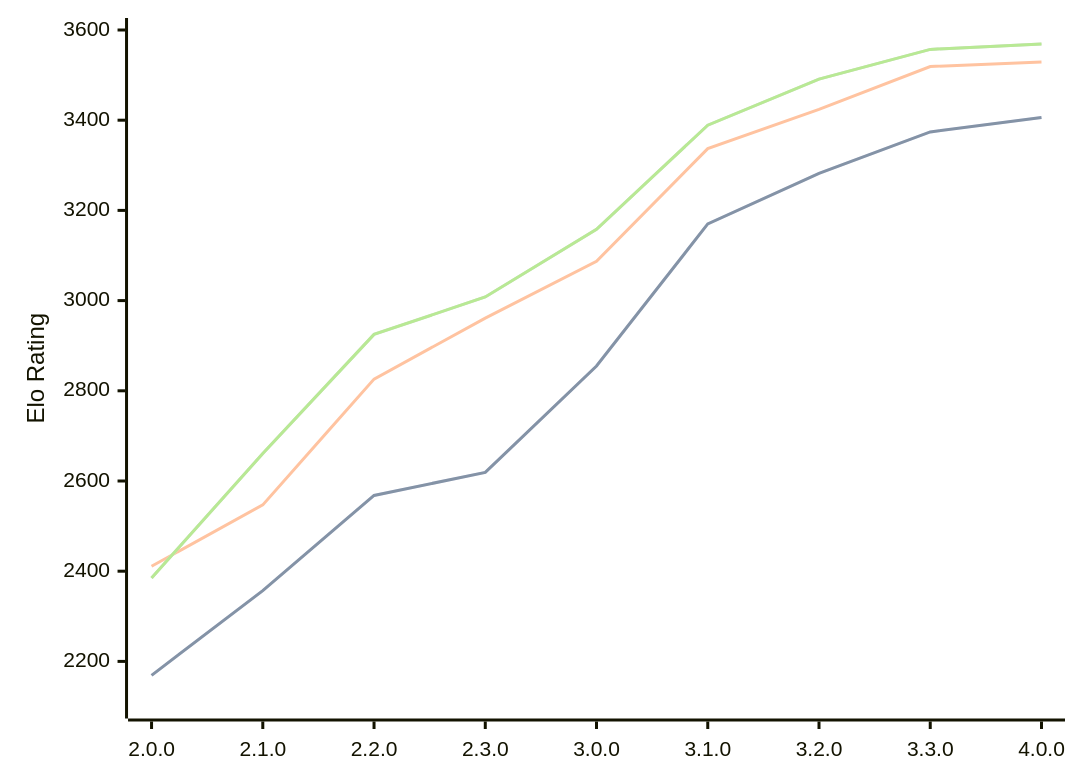
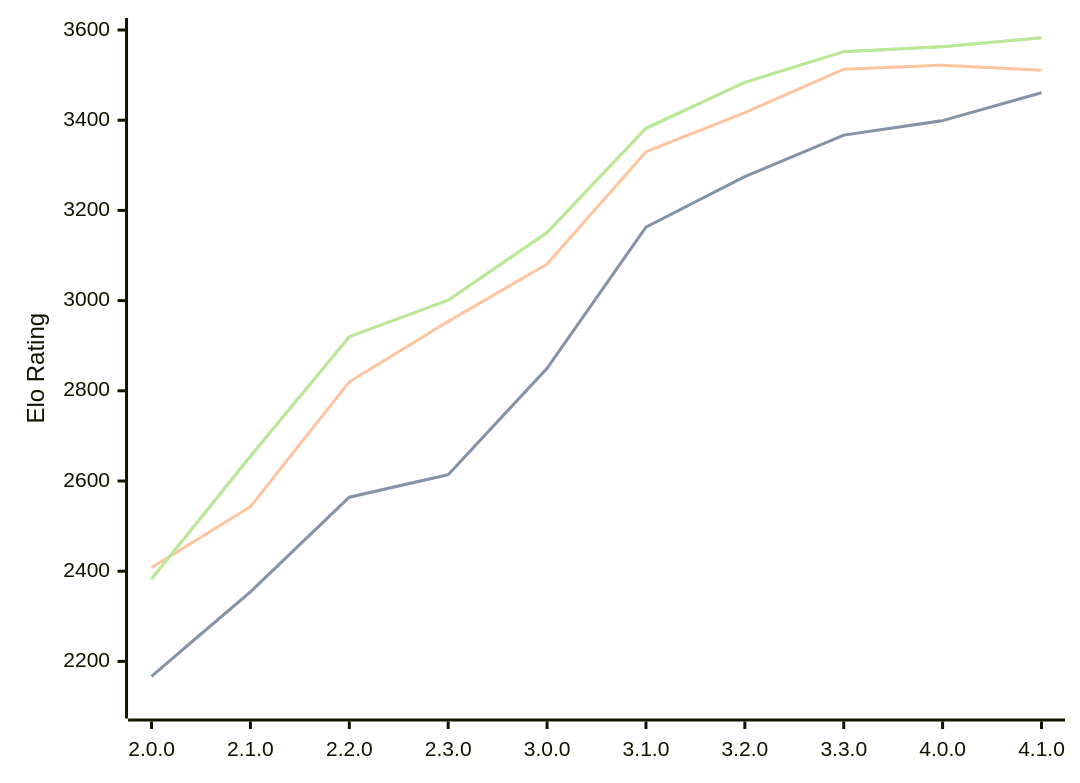
One commit to computer-chess-index/cci changed the diagram in engines/Raphael.md. Above: the diagram before and after it, drawn with Mermaid. The commit also changed other lines of this file, not shown here.

Commit message:
Update CCI Ratings (ELO VLTC) - 2026-05-18

````diff
--- a/engines/Raphael.md
+++ b/engines/Raphael.md
@@ -51,11 +52,11 @@
 ```mermaid
 %%{init: {"theme":"base","themeVariables":{"seriesColors:['#a3a3a3','#222221','#faa371']}}}%%
 xychart-beta
-  x-axis ["2.0.0", "2.1.0", "2.2.0", "2.3.0", "3.0.0", "3.1.0", "3.2.0", "3.3.0", "4.0.0"]
+  x-axis ["2.0.0", "2.1.0", "2.2.0", "2.3.0", "3.0.0", "3.1.0", "3.2.0", "3.3.0", "4.0.0", "4.1.0"]
   y-axis "Elo Rating" 2100 --> 3600
-  line "STC (8.0+0.08s)" [2169, 2357, 2568, 2619, 2855, 3170, 3282, 3374, 3406]
-  line "STC (8.0+0.08s)" [2169, 2357, 2568, 2619, 2855, 3170, 3282, 3374, 3406]
-  line "LTC (60.0+0.60s)" [2411, 2547, 2826, 2961, 3087, 3337, 3424, 3519, 3529]
-  line "VLTC (2m24s+1.12s)" [2385, 2661, 2925, 3008, 3158, 3389, 3491, 3557, 3569]
-  line "VLTC (2m24s+1.12s)" [2385, 2661, 2925, 3008, 3158, 3389, 3491, 3557, 3569]
+  line "STC (8.0+0.08s)" [2167, 2354, 2564, 2614, 2850, 3163, 3275, 3367, 3399, 3461]
+  line "STC (8.0+0.08s)" [2167, 2354, 2564, 2614, 2850, 3163, 3275, 3367, 3399, 3461]
+  line "LTC (60.0+0.60s)" [2408, 2543, 2820, 2954, 3081, 3330, 3417, 3513, 3522, 3511]
+  line "VLTC (2m24s+1.12s)" [2383, 2655, 2920, 3001, 3151, 3382, 3484, 3552, 3563, 3583]
+  line "VLTC (2m24s+1.12s)" [2383, 2655, 2920, 3001, 3151, 3382, 3484, 3552, 3563, 3583]
 ```
````
